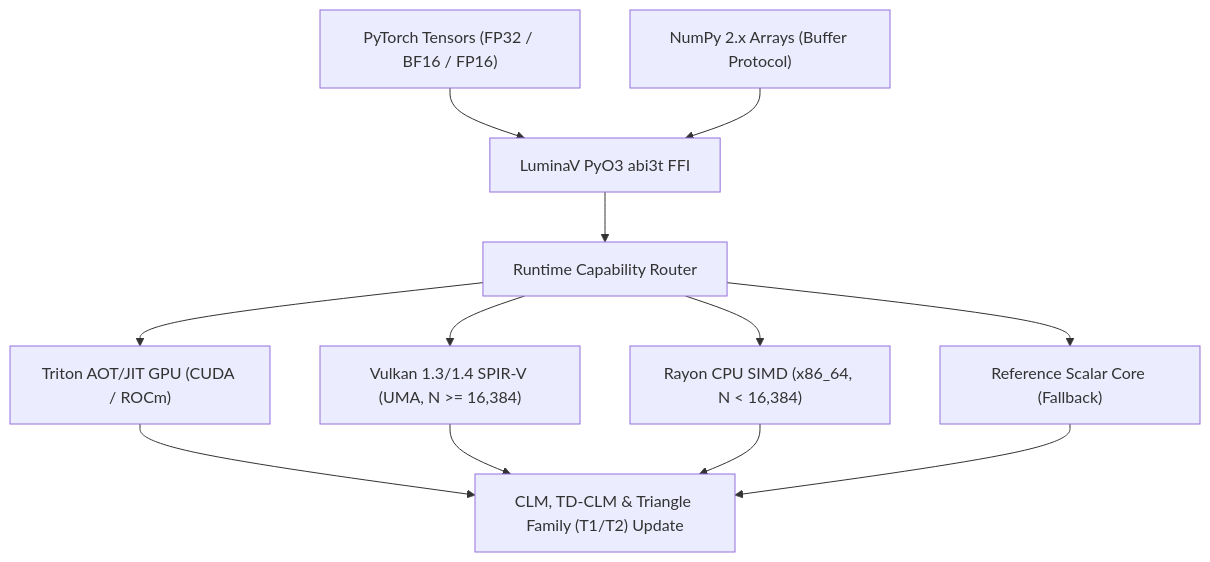
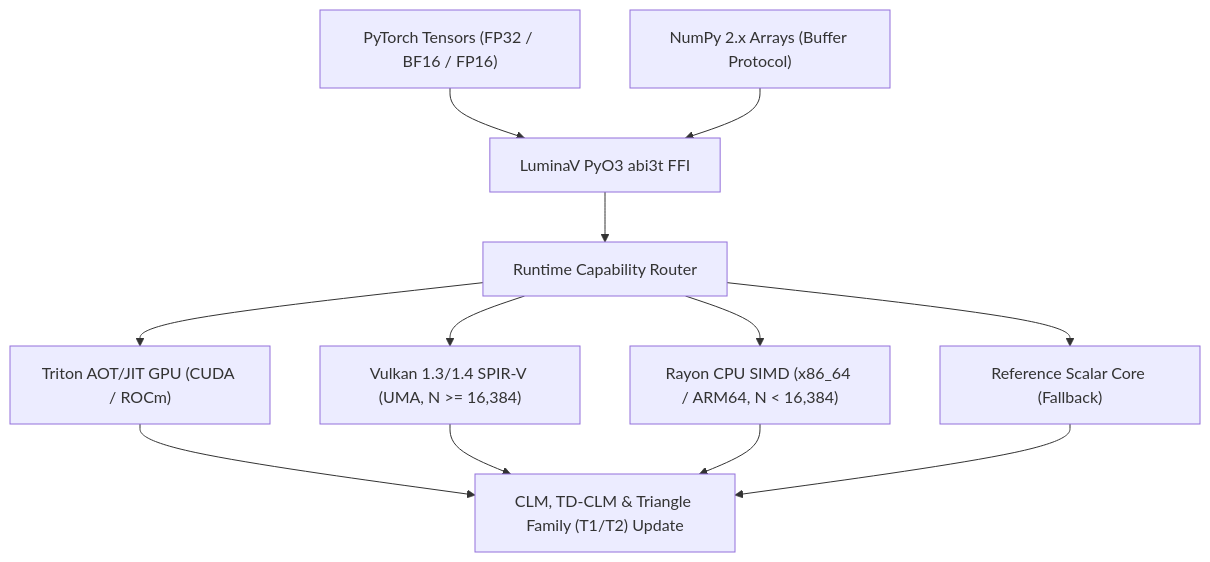
One commit to cloverx-id/luminamoon changed the diagram in docs/optimize/README.md. Above: the diagram before and after it, drawn with Mermaid. The commit also changed other lines of this file and 6 other files, not shown here.

````diff
--- a/docs/optimize/README.md
+++ b/docs/optimize/README.md
@@ -11,11 +11,11 @@
 ```mermaid
 flowchart TD
     PyTorch["PyTorch Tensors (FP32 / BF16 / FP16)"] --> FFI["LuminaV PyO3 abi3t FFI"]
     NumPy["NumPy 2.x Arrays (Buffer Protocol)"] --> FFI
     FFI --> Dispatcher["Runtime Capability Router"]
     Dispatcher --> Triton["Triton AOT/JIT GPU (CUDA / ROCm)"]
     Dispatcher --> Vulkan["Vulkan 1.3/1.4 SPIR-V (UMA, N >= 16,384)"]
-    Dispatcher --> SIMD["Rayon CPU SIMD (x86_64, N < 16,384)"]
+    Dispatcher --> SIMD["Rayon CPU SIMD (x86_64 / ARM64, N < 16,384)"]
     Dispatcher --> Scalar["Reference Scalar Core (Fallback)"]
     Triton & Vulkan & SIMD & Scalar --> Math["CLM, TD-CLM & Triangle Family (T1/T2) Update"]
 ```
````
